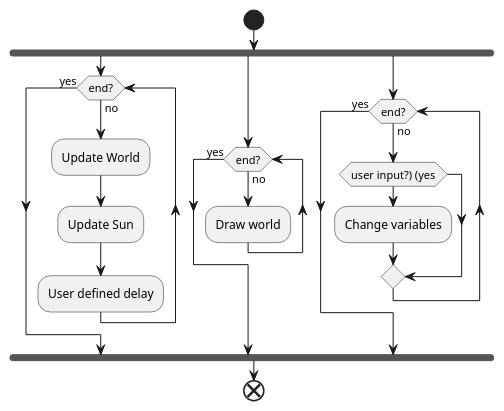
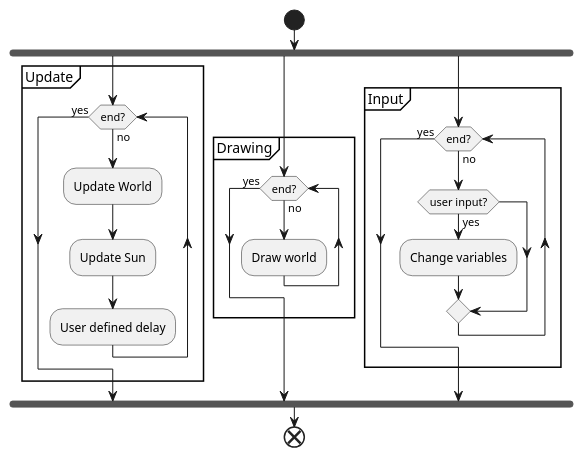
The first of 3 diagrams in spec/spec.org (jh247247/FIT3036-Project), drawn with PlantUML before and after one commit. The commit also changed other lines of this file and 4 other files, not shown here.

```diff
--- a/spec/spec.org
+++ b/spec/spec.org
@@ -110,22 +78,28 @@
-   #+begin_src plantuml :file flow.png
-    start
+   #+begin_src plantuml :file flow.png :exports results
+     start
 
-    fork
-    while (end?) is (no)
-    :Update World;
-    :Update Sun;
-    :User defined delay;
-    endwhile (yes)
-    fork again
-    while (end?) is (no)
-    :Draw world;
-    endwhile (yes)
-    fork again
-    while (end?) is (no)
-    if (user input?) (yes)
-    :Change variables;
-    endif
-    endwhile (yes)
-    end fork
-    end
+     fork
+     partition Update {
+               while (end?) is (no)
+                     :Update World;
+                     :Update Sun;
+                     :User defined delay;
+               endwhile (yes)
+     }
+     fork again
+     partition Drawing {
+               while (end?) is (no)
+                       :Draw world;
+               endwhile (yes)
+     }
+     fork again
+     partition Input {
+               while (end?) is (no)
+               if (user input?) then (yes)
+                  :Change variables;
+               endif
+               endwhile (yes)
+     }
+     end fork
+     end
    #+end_src
```
